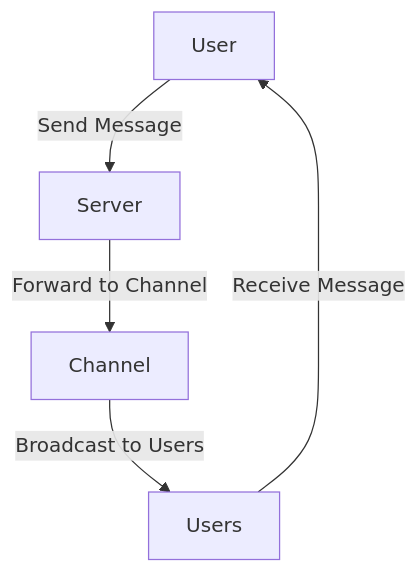
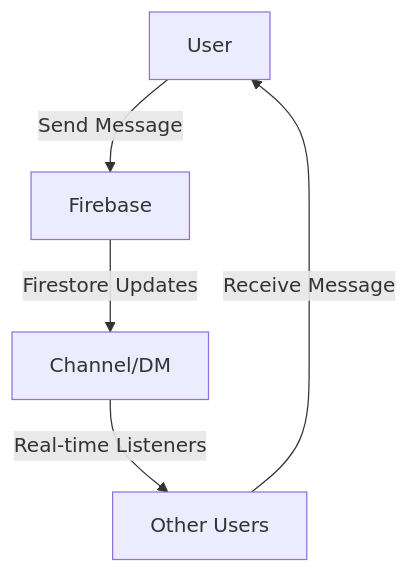
The diagram in README.md (ksk-aiko/SlackClone), drawn with Mermaid before and after one commit. The commit also changed other lines of this file, not shown here.

````diff
--- a/README.md
+++ b/README.md
@@ -22,7 +23,7 @@
 ```mermaid
 graph TD;
-    A[User] -->|Send Message| B[Server];
-    B -->|Forward to Channel| C[Channel];
-    C -->|Broadcast to Users| D[Users];
+    A[User] -->|Send Message| B[Firebase];
+    B -->|Firestore Updates| C[Channel/DM];
+    C -->|Real-time Listeners| D[Other Users];
     D -->|Receive Message| A;
 ```
````
